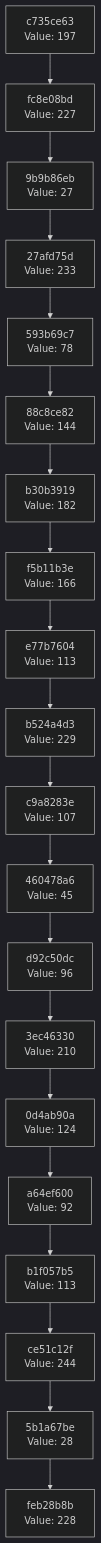
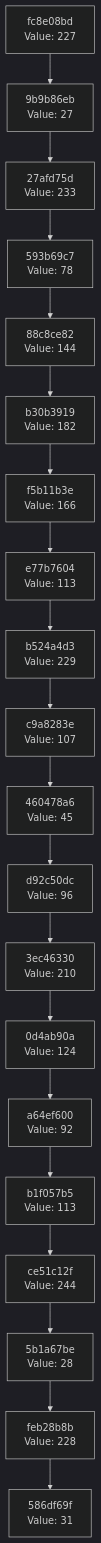
Before and after one commit to Abhisheksinha1506/hash-chain-evolver: the diagram in docs/CHAIN_VISUALIZATION.md, drawn with Mermaid (dark theme). The commit also changed 2 other files, not shown here.

Commit message:
Evolution Step

````diff
--- a/docs/CHAIN_VISUALIZATION.md
+++ b/docs/CHAIN_VISUALIZATION.md
@@ -3,42 +3,42 @@
 ```mermaid
 graph TD
-    C0["feb28b8b<br/>Value: 228"]
-    C1["5b1a67be<br/>Value: 28"]
+    C0["586df69f<br/>Value: 31"]
+    C1["feb28b8b<br/>Value: 228"]
     C1 --> C0
-    C2["ce51c12f<br/>Value: 244"]
+    C2["5b1a67be<br/>Value: 28"]
     C2 --> C1
-    C3["b1f057b5<br/>Value: 113"]
+    C3["ce51c12f<br/>Value: 244"]
     C3 --> C2
-    C4["a64ef600<br/>Value: 92"]
+    C4["b1f057b5<br/>Value: 113"]
     C4 --> C3
-    C5["0d4ab90a<br/>Value: 124"]
+    C5["a64ef600<br/>Value: 92"]
     C5 --> C4
-    C6["3ec46330<br/>Value: 210"]
+    C6["0d4ab90a<br/>Value: 124"]
     C6 --> C5
-    C7["d92c50dc<br/>Value: 96"]
+    C7["3ec46330<br/>Value: 210"]
     C7 --> C6
-    C8["460478a6<br/>Value: 45"]
+    C8["d92c50dc<br/>Value: 96"]
     C8 --> C7
-    C9["c9a8283e<br/>Value: 107"]
+    C9["460478a6<br/>Value: 45"]
     C9 --> C8
-    C10["b524a4d3<br/>Value: 229"]
+    C10["c9a8283e<br/>Value: 107"]
     C10 --> C9
-    C11["e77b7604<br/>Value: 113"]
+    C11["b524a4d3<br/>Value: 229"]
     C11 --> C10
-    C12["f5b11b3e<br/>Value: 166"]
+    C12["e77b7604<br/>Value: 113"]
     C12 --> C11
-    C13["b30b3919<br/>Value: 182"]
+    C13["f5b11b3e<br/>Value: 166"]
     C13 --> C12
-    C14["88c8ce82<br/>Value: 144"]
+    C14["b30b3919<br/>Value: 182"]
     C14 --> C13
-    C15["593b69c7<br/>Value: 78"]
+    C15["88c8ce82<br/>Value: 144"]
     C15 --> C14
-    C16["27afd75d<br/>Value: 233"]
+    C16["593b69c7<br/>Value: 78"]
     C16 --> C15
-    C17["9b9b86eb<br/>Value: 27"]
+    C17["27afd75d<br/>Value: 233"]
     C17 --> C16
-    C18["fc8e08bd<br/>Value: 227"]
+    C18["9b9b86eb<br/>Value: 27"]
     C18 --> C17
-    C19["c735ce63<br/>Value: 197"]
+    C19["fc8e08bd<br/>Value: 227"]
     C19 --> C18
 ```
````
